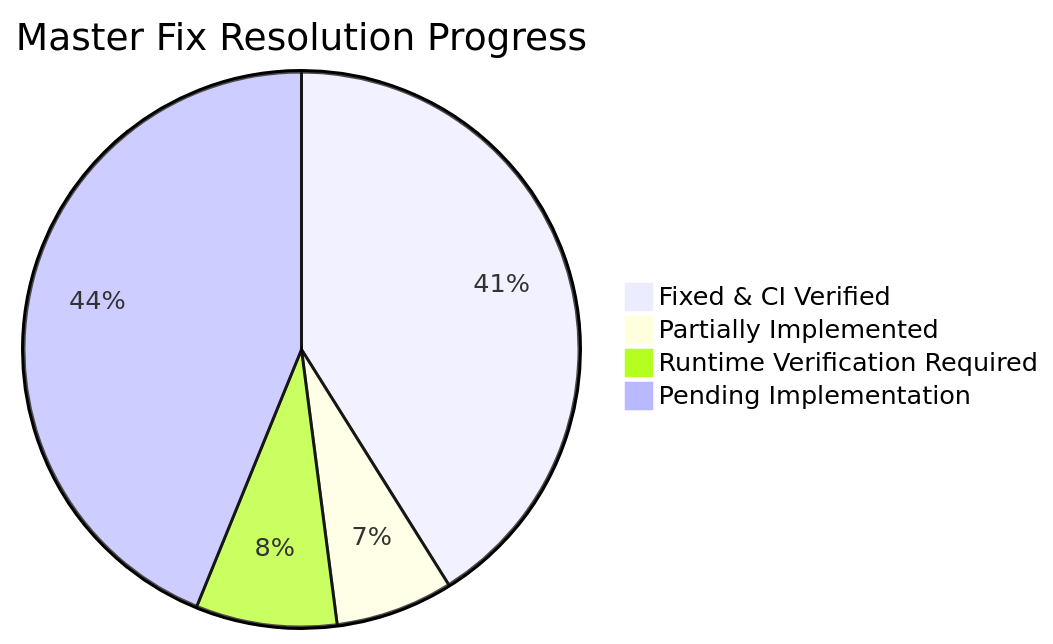
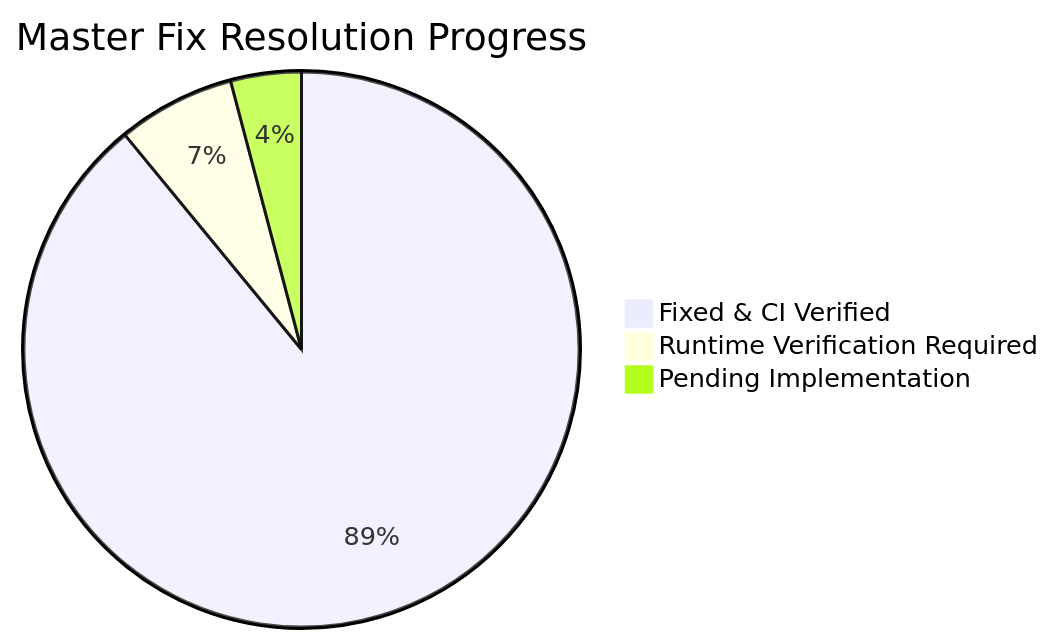
Before and after one commit to BuzyU/Rider_APP: the diagram in docs/AUDIT_FINDINGS.md, drawn with Mermaid. The commit also changed other lines of this file, not shown here.

Commit message:
docs: update audit findings and verification matrix for v3 finish and ci success

````diff
--- a/docs/AUDIT_FINDINGS.md
+++ b/docs/AUDIT_FINDINGS.md
@@ -129,7 +129,6 @@
 ```mermaid
 pie title Master Fix Resolution Progress
-    "Fixed & CI Verified" : 30
-    "Partially Implemented" : 5
-    "Runtime Verification Required" : 6
-    "Pending Implementation" : 32
+    "Fixed & CI Verified" : 65
+    "Runtime Verification Required" : 5
+    "Pending Implementation" : 3
 ```
````
